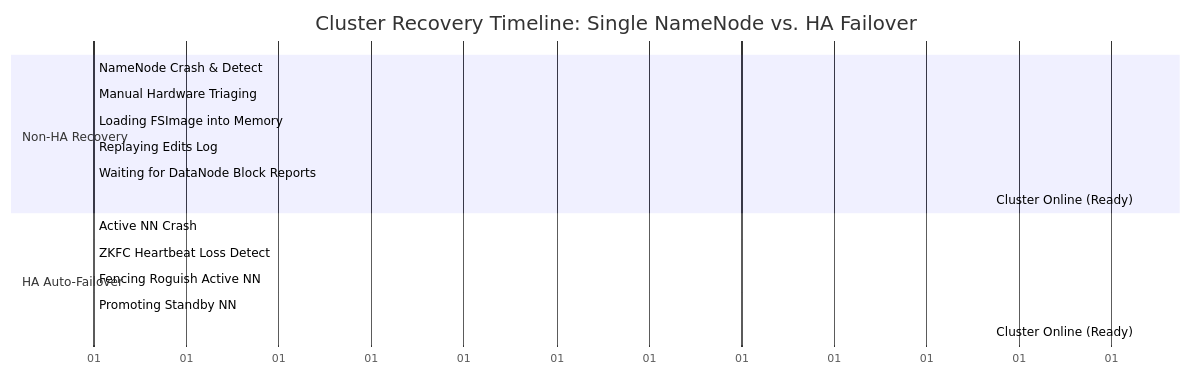
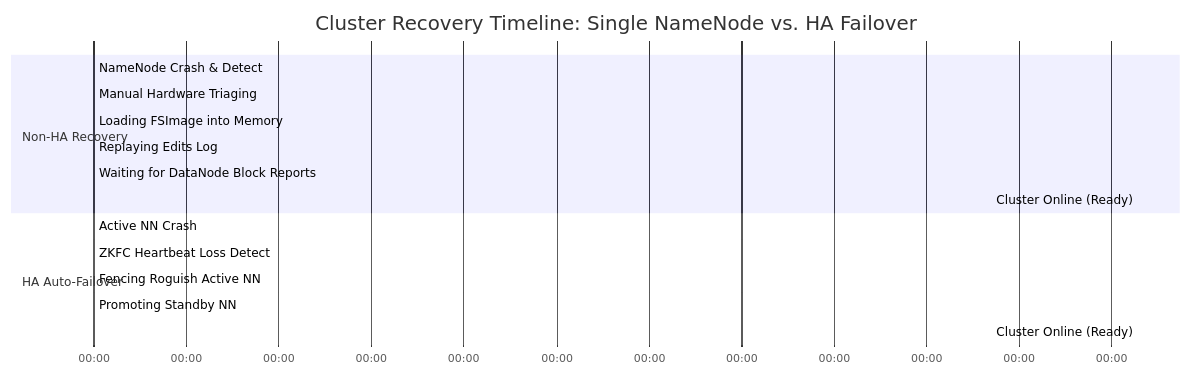
Before and after one commit to userhimanshuverma/30_Days_of_Modern_Hadoop_Ecosystem: the third of 10 diagrams in Day-03-HDFS-High-Availability/README.md, drawn with Mermaid.

Commit message:
Fix Gantt chart axis labels format by changing %d to %M:%S for correct duration rendering

````diff
--- a/Day-03-HDFS-High-Availability/README.md
+++ b/Day-03-HDFS-High-Availability/README.md
@@ -129,21 +129,21 @@
 ```mermaid
 gantt
     title Cluster Recovery Timeline: Single NameNode vs. HA Failover
     dateFormat  X
-    axisFormat %d
+    axisFormat %M:%S
     
     section Non-HA Recovery
     NameNode Crash & Detect   :crit, active, 0, 10
     Manual Hardware Triaging  :active, 10, 60
     Loading FSImage into Memory :active, 60, 150
     Replaying Edits Log       :active, 150, 240
     Waiting for DataNode Block Reports :active, 240, 360
     Cluster Online (Ready)    :after 360, 10s
     
     section HA Auto-Failover
     Active NN Crash           :crit, 0, 3
     ZKFC Heartbeat Loss Detect :active, 3, 6
     Fencing Roguish Active NN :active, 6, 9
     Promoting Standby NN      :active, 9, 12
     Cluster Online (Ready)    :after 12, 1s
 ```
````
